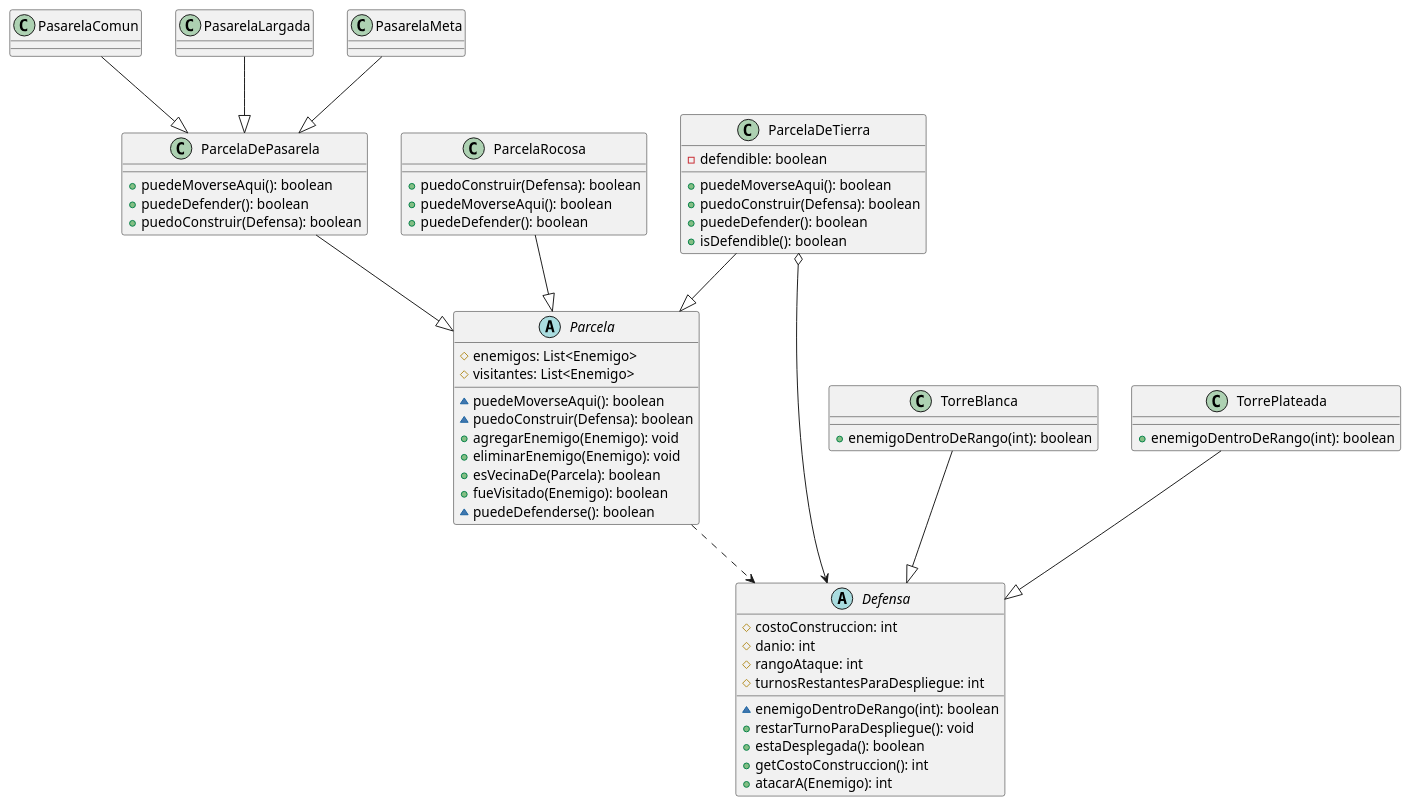
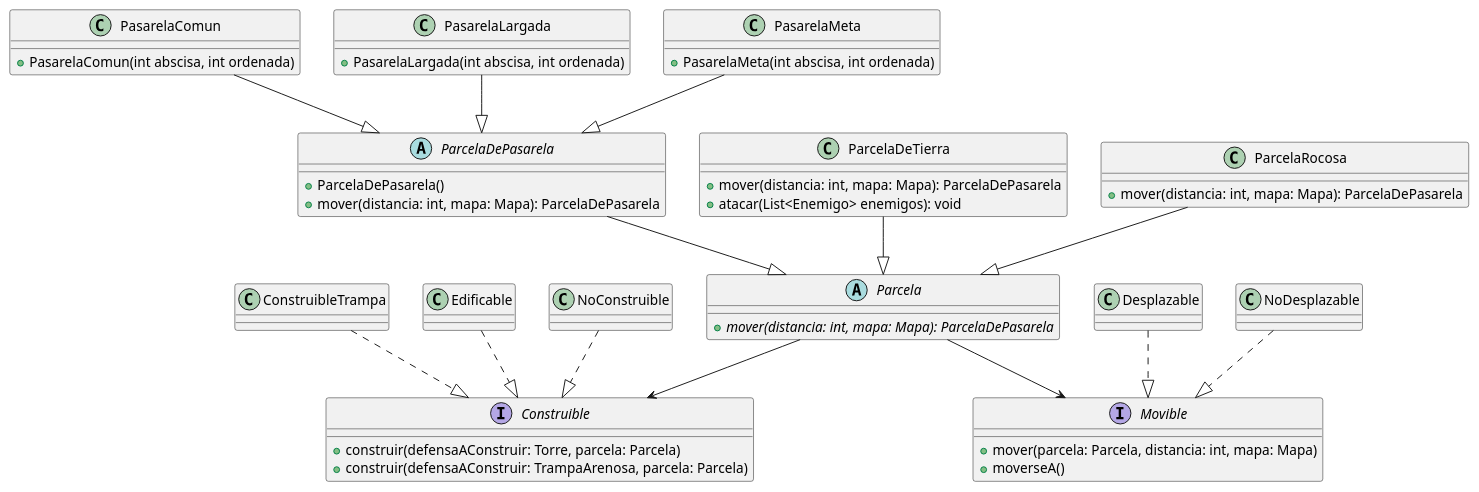
The diagram in diagrams/classes/Parcela.plantuml (juanignaciogiacobbe/AlgoDefense_TP2), drawn with PlantUML before and after one commit. The commit also changed other lines of this file and 2 other files, not shown here.

Commit message:
Actualizacion de diagrama Parcelas.plantuml

```diff
--- a/diagrams/classes/Parcela.plantuml
+++ b/diagrams/classes/Parcela.plantuml
@@ -1,66 +1,64 @@
 @startuml
 
-Parcela ..> Defensa
 
-ParcelaDeTierra o--> Defensa
-
-ParcelaDePasarela --|> Parcela           
-ParcelaDeTierra --|>  Parcela           
-ParcelaRocosa --|> Parcela 
-         
-PasarelaComun --|>  ParcelaDePasarela 
-PasarelaLargada --|> ParcelaDePasarela 
-PasarelaMeta --|>  ParcelaDePasarela 
-TorreBlanca  --|>  Defensa           
-TorrePlateada --|>  Defensa
-
-abstract Parcela {
-  # enemigos: List<Enemigo>
-  # visitantes: List<Enemigo>
-
-  ~ puedeMoverseAqui(): boolean
-  ~ puedoConstruir(Defensa): boolean
-  + agregarEnemigo(Enemigo): void
-  + eliminarEnemigo(Enemigo): void
-  + esVecinaDe(Parcela): boolean
-  + fueVisitado(Enemigo): boolean
-  ~ puedeDefenderse(): boolean
-
+interface Construible {
+    + construir(defensaAConstruir: Torre, parcela: Parcela)
+    + construir(defensaAConstruir: TrampaArenosa, parcela: Parcela)
 }
-abstract Defensa {
-  # costoConstruccion: int
-  # danio: int
-  # rangoAtaque: int
-  # turnosRestantesParaDespliegue: int
-  ~ enemigoDentroDeRango(int): boolean
-  + restarTurnoParaDespliegue(): void
-  + estaDesplegada(): boolean
-  + getCostoConstruccion(): int
-  + atacarA(Enemigo): int
+interface Movible {
+    + mover(parcela: Parcela, distancia: int, mapa: Mapa)
+    + moverseA()
 }
 
-class ParcelaDePasarela {
-  + puedeMoverseAqui(): boolean
-  + puedeDefender(): boolean
-  + puedoConstruir(Defensa): boolean
+class ConstruibleTrampa
+class Desplazable
+class Edificable
+
+class NoConstruible
+class NoDesplazable
+
+
+
+abstract class Parcela{
++ {abstract} mover(distancia: int, mapa: Mapa): ParcelaDePasarela
 }
-class ParcelaDeTierra {
+abstract class ParcelaDePasarela{
++ParcelaDePasarela()
++  mover(distancia: int, mapa: Mapa): ParcelaDePasarela
+}
+class ParcelaDeTierra{
++  mover(distancia: int, mapa: Mapa): ParcelaDePasarela
++   atacar(List<Enemigo> enemigos): void
+}
+class ParcelaRocosa{
++  mover(distancia: int, mapa: Mapa): ParcelaDePasarela
+}
+class PasarelaComun{
++ PasarelaComun(int abscisa, int ordenada)
+}
+class PasarelaLargada{
++ PasarelaLargada(int abscisa, int ordenada)
+}
+class PasarelaMeta{
++ PasarelaMeta(int abscisa, int ordenada)
+}
 
-  - defendible: boolean
-  + puedeMoverseAqui(): boolean
-  + puedoConstruir(Defensa): boolean
-  + puedeDefender(): boolean
-  + isDefendible(): boolean
-}
-class ParcelaRocosa {
-  + puedoConstruir(Defensa): boolean
-  + puedeMoverseAqui(): boolean
-  + puedeDefender(): boolean
-}
-class TorreBlanca {
-  + enemigoDentroDeRango(int): boolean
-}
-class TorrePlateada {
-  + enemigoDentroDeRango(int): boolean
-}
+
+ConstruibleTrampa           -[dashed]-^  Construible
+Desplazable                 -[dashed]-^  Movible
+Edificable                  -[dashed]-^  Construible
+NoConstruible               -[dashed]-^  Construible
+NoDesplazable               -[dashed]-^  Movible
+ParcelaDePasarela           -[plain]-^  Parcela
+ParcelaDeTierra             -[plain]-^  Parcela
+ParcelaRocosa               -[plain]-^  Parcela
+PasarelaComun               -[plain]-^  ParcelaDePasarela
+PasarelaLargada             -[plain]-^  ParcelaDePasarela
+PasarelaMeta                -[plain]-^  ParcelaDePasarela
+
+Parcela --> Construible
+
+Parcela --> Movible
+
+
 @enduml
```
